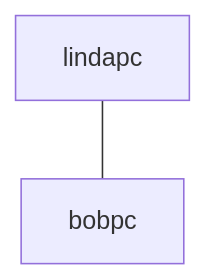
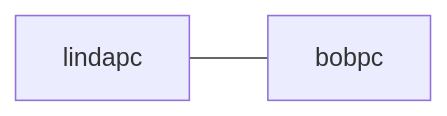
Before and after one commit to CapnCheapo/open-network-labs: the diagram in labs/fundamentals/basic-connectivity/configuration/before/README.md, drawn with Mermaid. The commit also changed 1 other file, not shown here.

````diff
--- a/labs/fundamentals/basic-connectivity/configuration/before/README.md
+++ b/labs/fundamentals/basic-connectivity/configuration/before/README.md
@@ -24,4 +24,4 @@
 ```mermaid
-graph TD
+graph LR
   lindapc---bobpc
 ```
````
